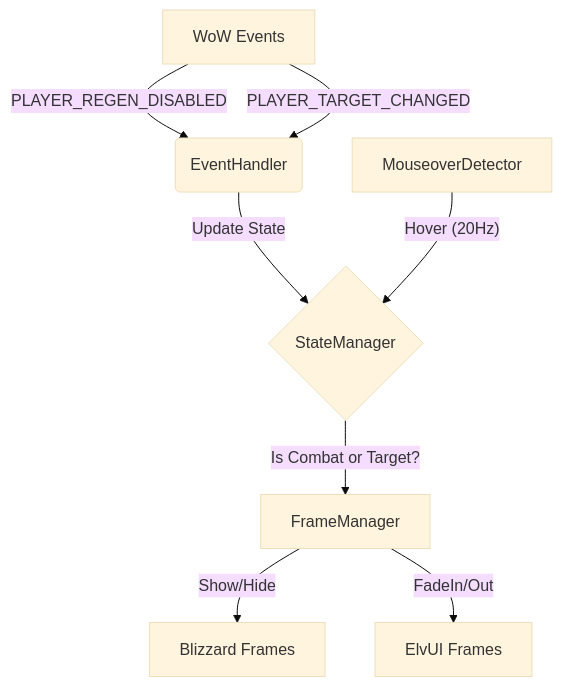
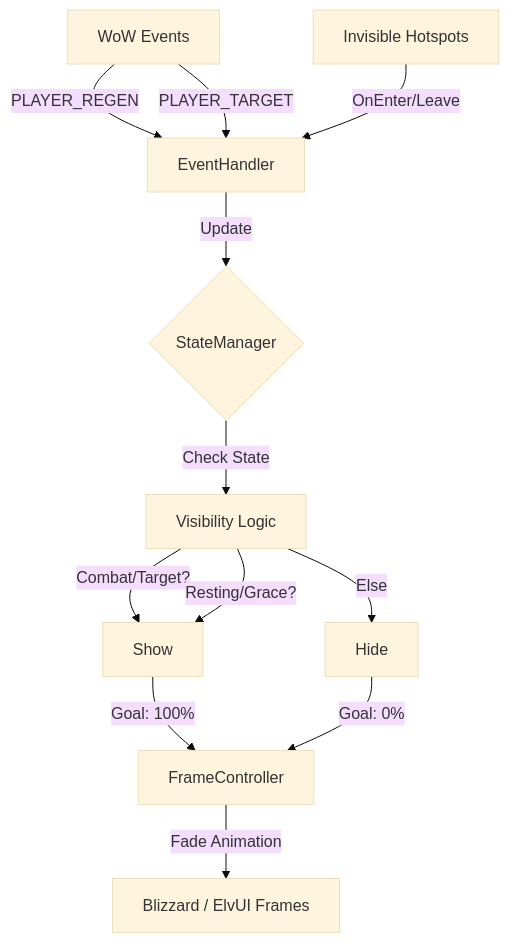
The diagram in README.md (Zendevve/ZenUI), drawn with Mermaid (base theme) before and after one commit. The commit also changed other lines of this file, not shown here.

````diff
--- a/README.md
+++ b/README.md
@@ -173,10 +129,18 @@
 ```mermaid
 graph TD;
-    A[WoW Events] -->|PLAYER_REGEN_DISABLED| B(EventHandler);
-    A -->|PLAYER_TARGET_CHANGED| B;
-    B -->|Update State| C{StateManager};
-    C -- Is Combat or Target? --> D[FrameManager];
-    D -->|Show/Hide| E[Blizzard Frames];
-    D -->|FadeIn/Out| F[ElvUI Frames];
-    G[MouseoverDetector] -->|"Hover (20Hz)"| C;
+    Events[WoW Events] -->|PLAYER_REGEN| EventHandler;
+    Events -->|PLAYER_TARGET| EventHandler;
+    Hotspots[Invisible Hotspots] -->|OnEnter/Leave| EventHandler;
+
+    EventHandler -->|Update| State{StateManager};
+
+    State -->|Check State| Logic[Visibility Logic];
+    Logic -- Combat/Target? --> Show;
+    Logic -- Resting/Grace? --> Show;
+    Logic -- Else --> Hide;
+
+    Show -->|Goal: 100%| FrameController;
+    Hide -->|Goal: 0%| FrameController;
+
+    FrameController -->|Fade Animation| UI[Blizzard / ElvUI Frames];
 ```
````
